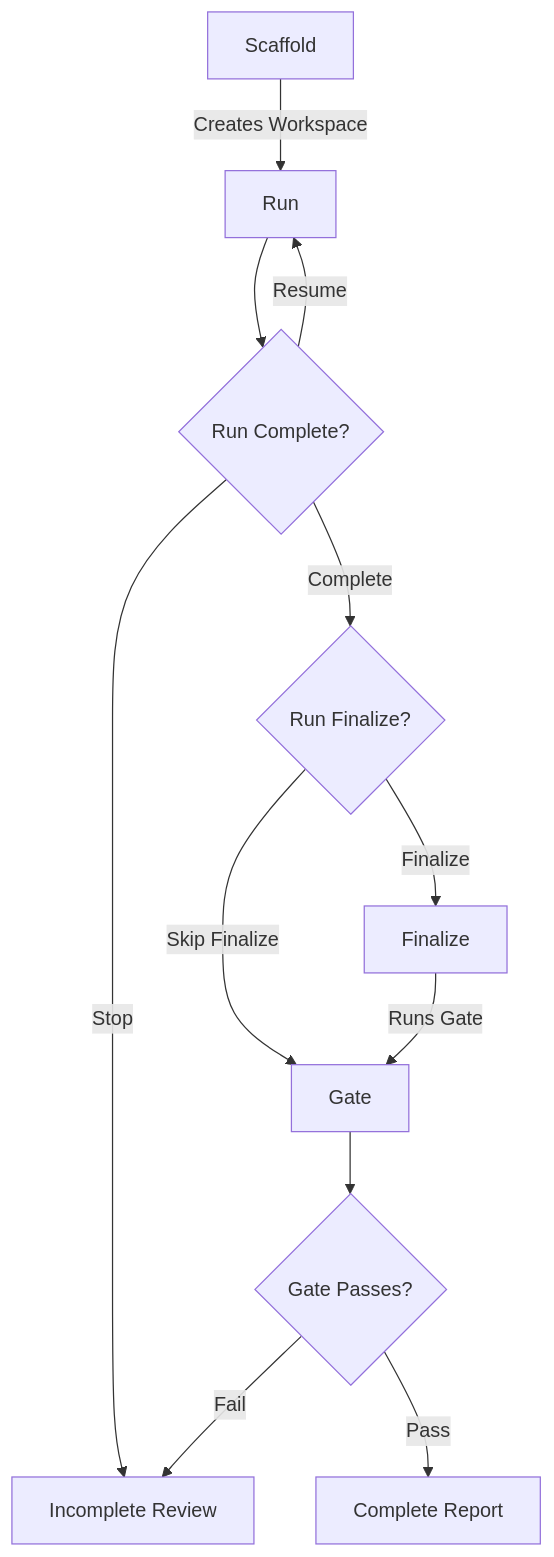
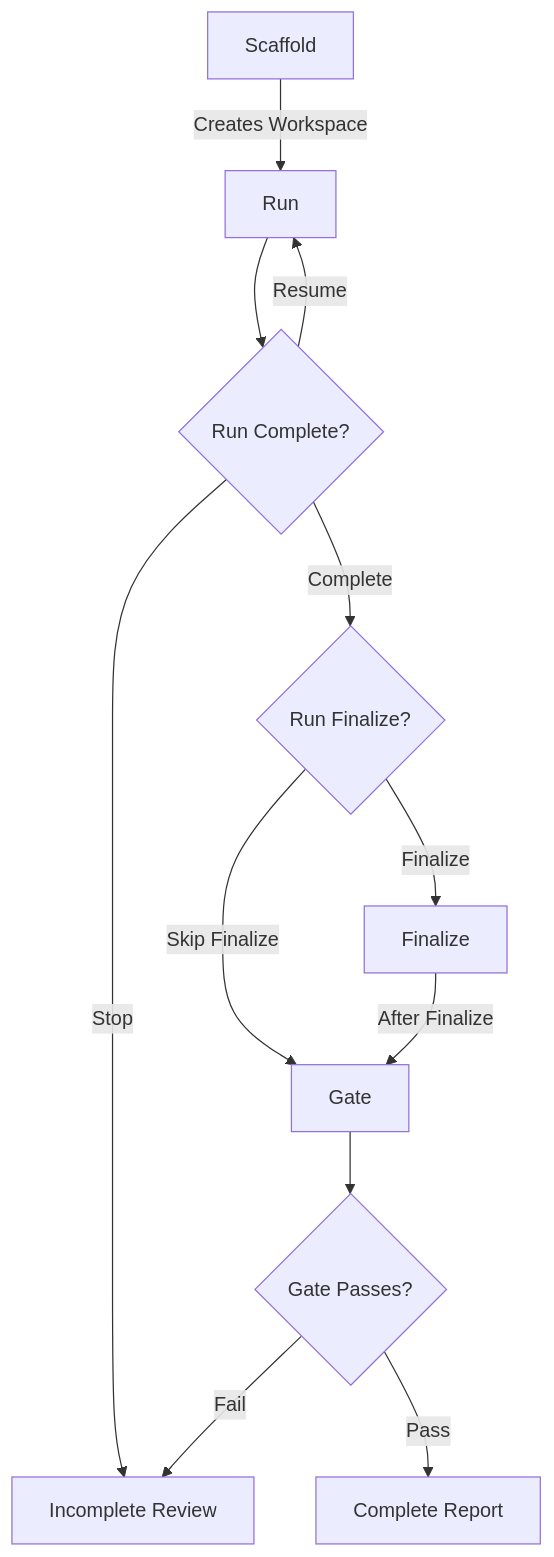
One commit to eth4nr00t/cyberjury changed the third of 3 diagrams in docs/engine-design.md. Above: the diagram before and after it, drawn with Mermaid. The commit also changed other lines of this file and 3 other files, not shown here.

````diff
--- a/docs/engine-design.md
+++ b/docs/engine-design.md
@@ -133,14 +167,14 @@
 ```mermaid
 flowchart TD
     A[Scaffold] -- Creates Workspace --> B[Run]
     B --> C{Run Complete?}
     C -- Resume --> B
     C -- Stop --> D[Incomplete Review]
     C -- Complete --> E{Run Finalize?}
     E -- Finalize --> F[Finalize]
     E -- Skip Finalize --> G[Gate]
-    F -- Runs Gate --> G[Gate]
+    F -- After Finalize --> G[Gate]
     G --> H{Gate Passes?}
     H -- Pass --> I[Complete Report]
     H -- Fail --> D
 ```
````
